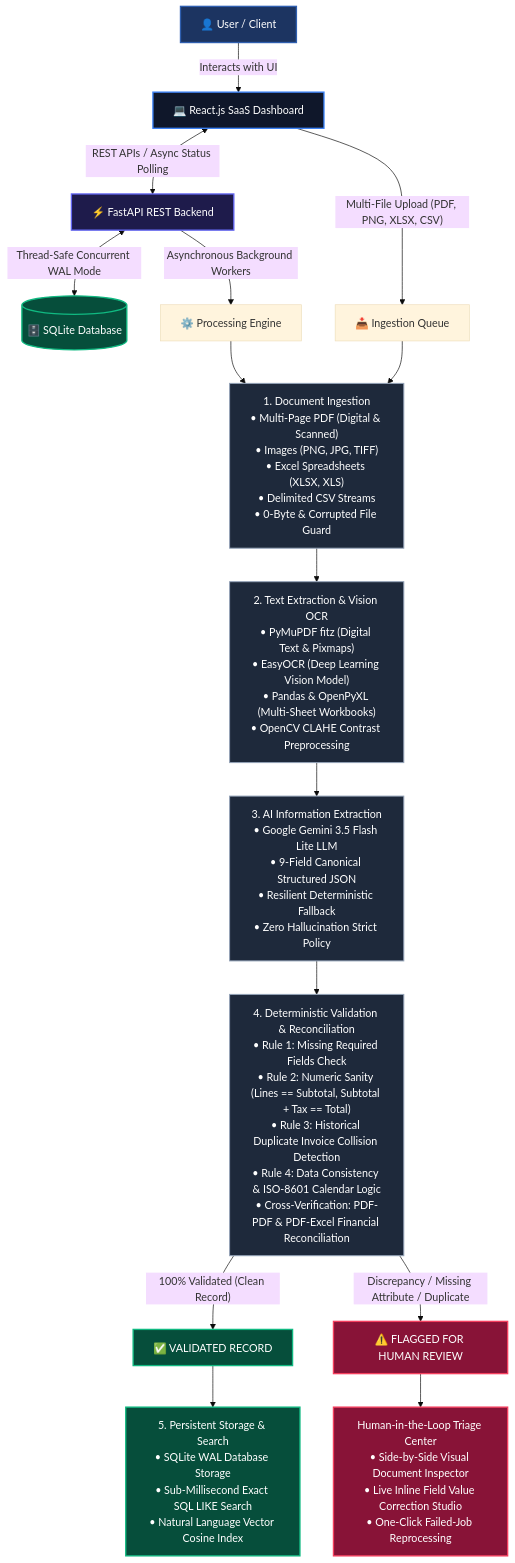
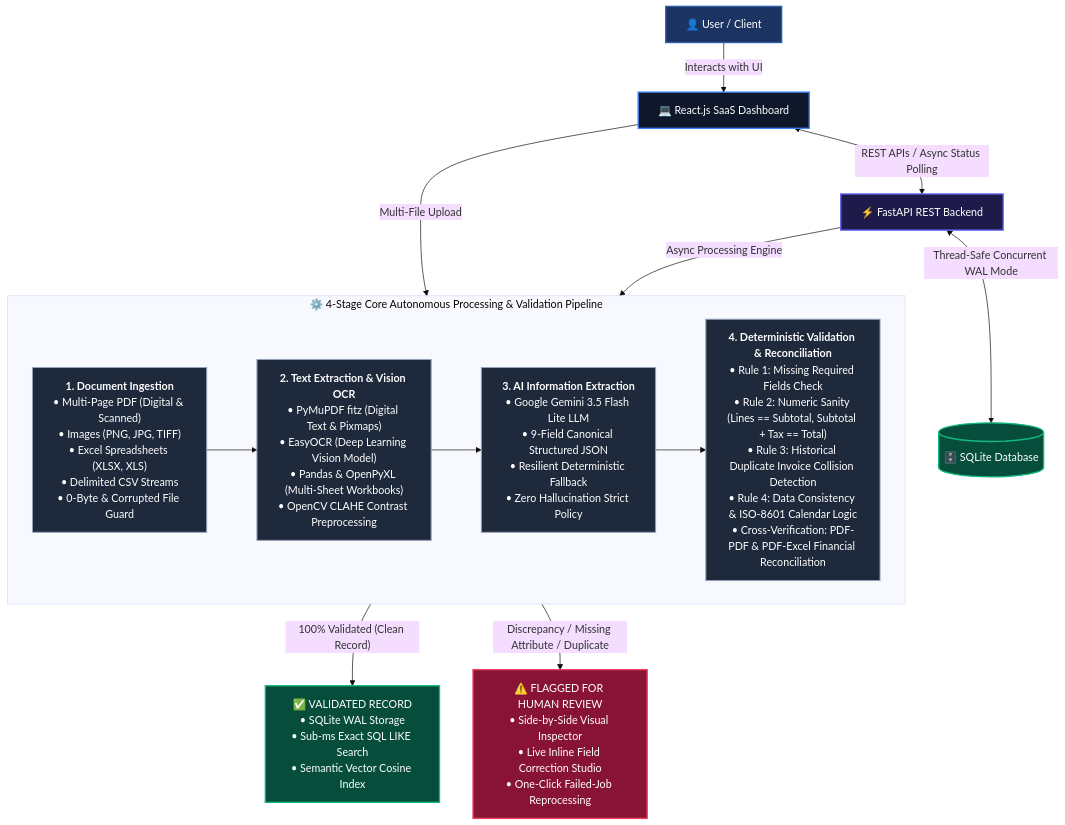
Before and after one commit to shuvosinghpartho/AI-Powered-Document-Processing-Verification: the diagram in README.md, drawn with Mermaid (base theme). The commit also changed other lines of this file, not shown here.

Commit message:
docs(readme): format 4-stage architecture pipeline into parallel box alignment

````diff
--- a/README.md
+++ b/README.md
@@ -21,32 +21,28 @@
 ```mermaid
 flowchart TD
     classDef client fill:#1c3461,stroke:#2f5fb0,stroke-width:2px,color:#ffffff;
     classDef frontend fill:#0f172a,stroke:#3b82f6,stroke-width:2px,color:#ffffff;
     classDef backend fill:#1e1b4b,stroke:#6366f1,stroke-width:2px,color:#ffffff;
     classDef db fill:#064e3b,stroke:#10b981,stroke-width:2px,color:#ffffff;
     classDef stage fill:#1e293b,stroke:#94a3b8,stroke-width:1.5px,color:#ffffff;
     classDef valid fill:#064e3b,stroke:#10b981,stroke-width:2px,color:#ffffff;
     classDef flagged fill:#881337,stroke:#f43f5e,stroke-width:2px,color:#ffffff;
 
     User["👤 User / Client"]:::client -->|"Interacts with UI"| Dashboard["💻 React.js SaaS Dashboard"]:::frontend
     Dashboard <-->|"REST APIs / Async Status Polling"| Backend["⚡ FastAPI REST Backend"]:::backend
     Backend <-->|"Thread-Safe Concurrent WAL Mode"| Database[("🗄️ SQLite Database")]:::db
 
-    Dashboard -->|"Multi-File Upload (PDF, PNG, XLSX, CSV)"| Queue["📥 Ingestion Queue"]
-    Backend -->|"Asynchronous Background Workers"| Pipeline["⚙️ Processing Engine"]
+    Dashboard -->|"Multi-File Upload"| S1
+    Backend -->|"Async Processing Engine"| S1
 
-    Queue & Pipeline --> S1["1. Document Ingestion<br/>• Multi-Page PDF (Digital & Scanned)<br/>• Images (PNG, JPG, TIFF)<br/>• Excel Spreadsheets (XLSX, XLS)<br/>• Delimited CSV Streams<br/>• 0-Byte & Corrupted File Guard"]:::stage
+    subgraph Pipeline ["⚙️ 4-Stage Core Autonomous Processing & Validation Pipeline"]
+        direction LR
+        S1["<b>1. Document Ingestion</b><br/>• Multi-Page PDF (Digital & Scanned)<br/>• Images (PNG, JPG, TIFF)<br/>• Excel Spreadsheets (XLSX, XLS)<br/>• Delimited CSV Streams<br/>• 0-Byte & Corrupted File Guard"]:::stage
+        --> S2["<b>2. Text Extraction & Vision OCR</b><br/>• PyMuPDF fitz (Digital Text & Pixmaps)<br/>• EasyOCR (Deep Learning Vision Model)<br/>• Pandas & OpenPyXL (Multi-Sheet Workbooks)<br/>• OpenCV CLAHE Contrast Preprocessing"]:::stage
+        --> S3["<b>3. AI Information Extraction</b><br/>• Google Gemini 3.5 Flash Lite LLM<br/>• 9-Field Canonical Structured JSON<br/>• Resilient Deterministic Fallback<br/>• Zero Hallucination Strict Policy"]:::stage
+        --> S4["<b>4. Deterministic Validation & Reconciliation</b><br/>• Rule 1: Missing Required Fields Check<br/>• Rule 2: Numeric Sanity (Lines == Subtotal, Subtotal + Tax == Total)<br/>• Rule 3: Historical Duplicate Invoice Collision Detection<br/>• Rule 4: Data Consistency & ISO-8601 Calendar Logic<br/>• Cross-Verification: PDF-PDF & PDF-Excel Financial Reconciliation"]:::stage
+    end
 
-    S1 --> S2["2. Text Extraction & Vision OCR<br/>• PyMuPDF fitz (Digital Text & Pixmaps)<br/>• EasyOCR (Deep Learning Vision Model)<br/>• Pandas & OpenPyXL (Multi-Sheet Workbooks)<br/>• OpenCV CLAHE Contrast Preprocessing"]:::stage
-
-    S2 --> S3["3. AI Information Extraction<br/>• Google Gemini 3.5 Flash Lite LLM<br/>• 9-Field Canonical Structured JSON<br/>• Resilient Deterministic Fallback<br/>• Zero Hallucination Strict Policy"]:::stage
-
-    S3 --> S4["4. Deterministic Validation & Reconciliation<br/>• Rule 1: Missing Required Fields Check<br/>• Rule 2: Numeric Sanity (Lines == Subtotal, Subtotal + Tax == Total)<br/>• Rule 3: Historical Duplicate Invoice Collision Detection<br/>• Rule 4: Data Consistency & ISO-8601 Calendar Logic<br/>• Cross-Verification: PDF-PDF & PDF-Excel Financial Reconciliation"]:::stage
-
-    S4 -->|"100% Validated (Clean Record)"| ValidNode["✅ VALIDATED RECORD"]:::valid
-    S4 -->|"Discrepancy / Missing Attribute / Duplicate"| FlaggedNode["⚠️ FLAGGED FOR HUMAN REVIEW"]:::flagged
-
-    ValidNode --> S5["5. Persistent Storage & Search<br/>• SQLite WAL Database Storage<br/>• Sub-Millisecond Exact SQL LIKE Search<br/>• Natural Language Vector Cosine Index"]:::valid
-
-    FlaggedNode --> HITL["Human-in-the-Loop Triage Center<br/>• Side-by-Side Visual Document Inspector<br/>• Live Inline Field Value Correction Studio<br/>• One-Click Failed-Job Reprocessing"]:::flagged
+    S4 -->|"100% Validated (Clean Record)"| ValidNode["✅ VALIDATED RECORD<br/>• SQLite WAL Storage<br/>• Sub-ms Exact SQL LIKE Search<br/>• Semantic Vector Cosine Index"]:::valid
+    S4 -->|"Discrepancy / Missing Attribute / Duplicate"| FlaggedNode["⚠️ FLAGGED FOR HUMAN REVIEW<br/>• Side-by-Side Visual Inspector<br/>• Live Inline Field Correction Studio<br/>• One-Click Failed-Job Reprocessing"]:::flagged
 ```
````
